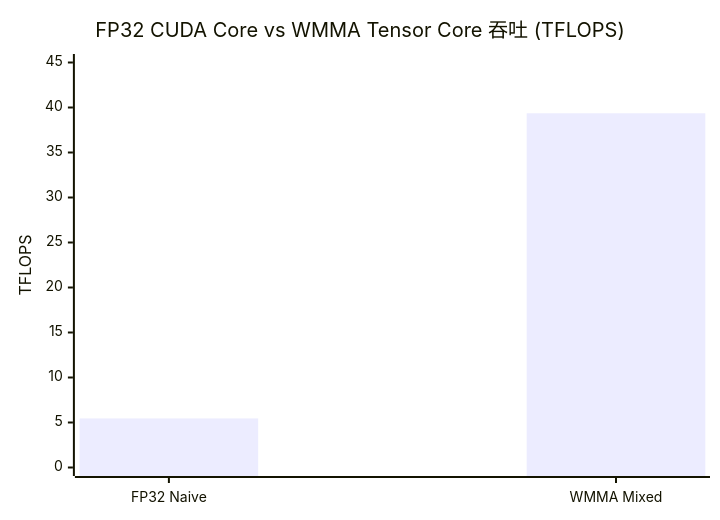
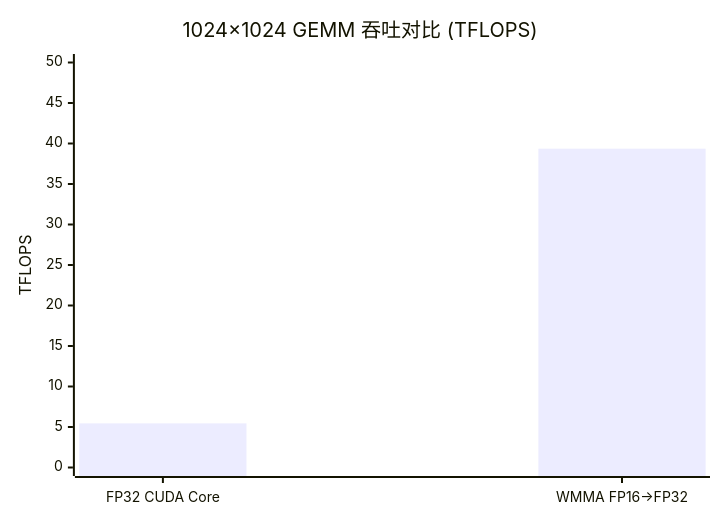
The second of 2 diagrams in Blogs/09_Tensor_Core_WMMA_Mixed_Precision.md (psmarter/CUDA-Practice), drawn with Mermaid before and after one commit. The commit also changed other lines of this file and 28 other files, not shown here.

````diff
--- a/Blogs/09_Tensor_Core_WMMA_Mixed_Precision.md
+++ b/Blogs/09_Tensor_Core_WMMA_Mixed_Precision.md
@@ -189,7 +123,7 @@
 ```mermaid
 xychart-beta
-  title "FP32 CUDA Core vs WMMA Tensor Core 吞吐 (TFLOPS)"
-  x-axis ["FP32 Naive", "WMMA Mixed"]
-  y-axis "TFLOPS" 0 --> 45
+  title "1024×1024 GEMM 吞吐对比 (TFLOPS)"
+  x-axis ["FP32 CUDA Core", "WMMA FP16→FP32"]
+  y-axis "TFLOPS" 0 --> 50
   bar [5.45, 39.36]
 ```
````
